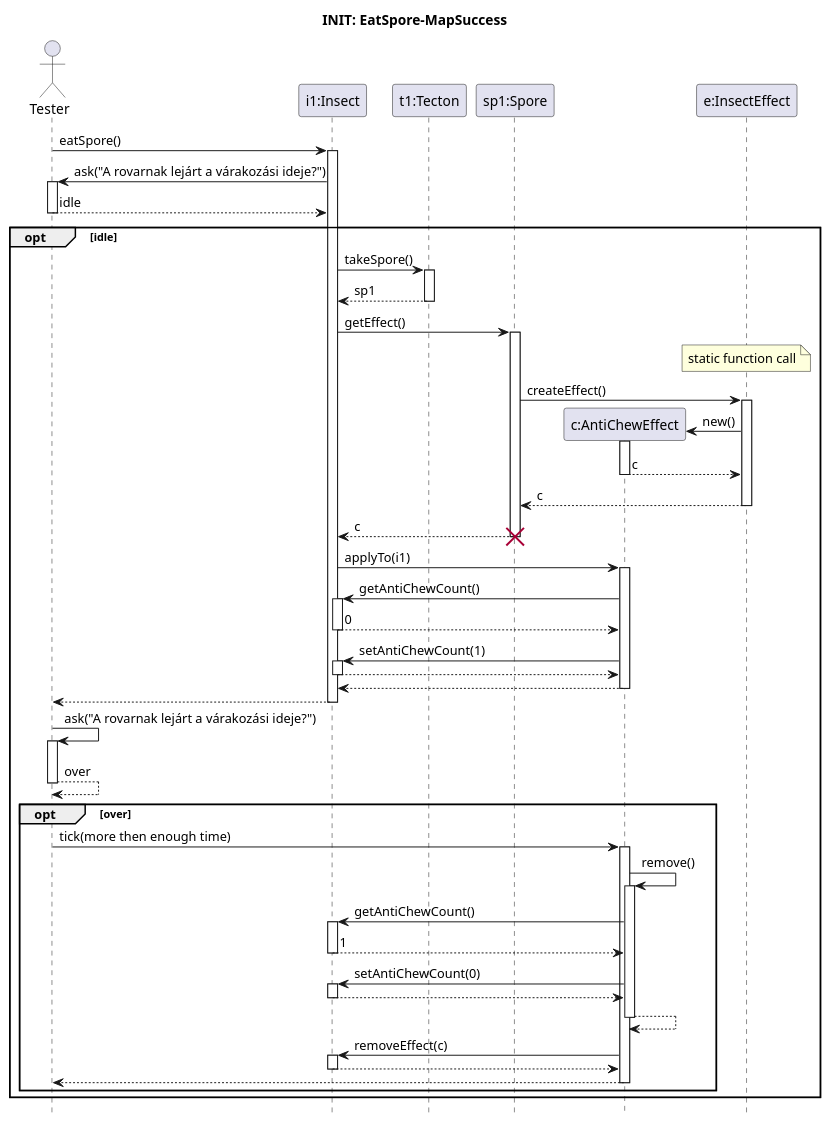
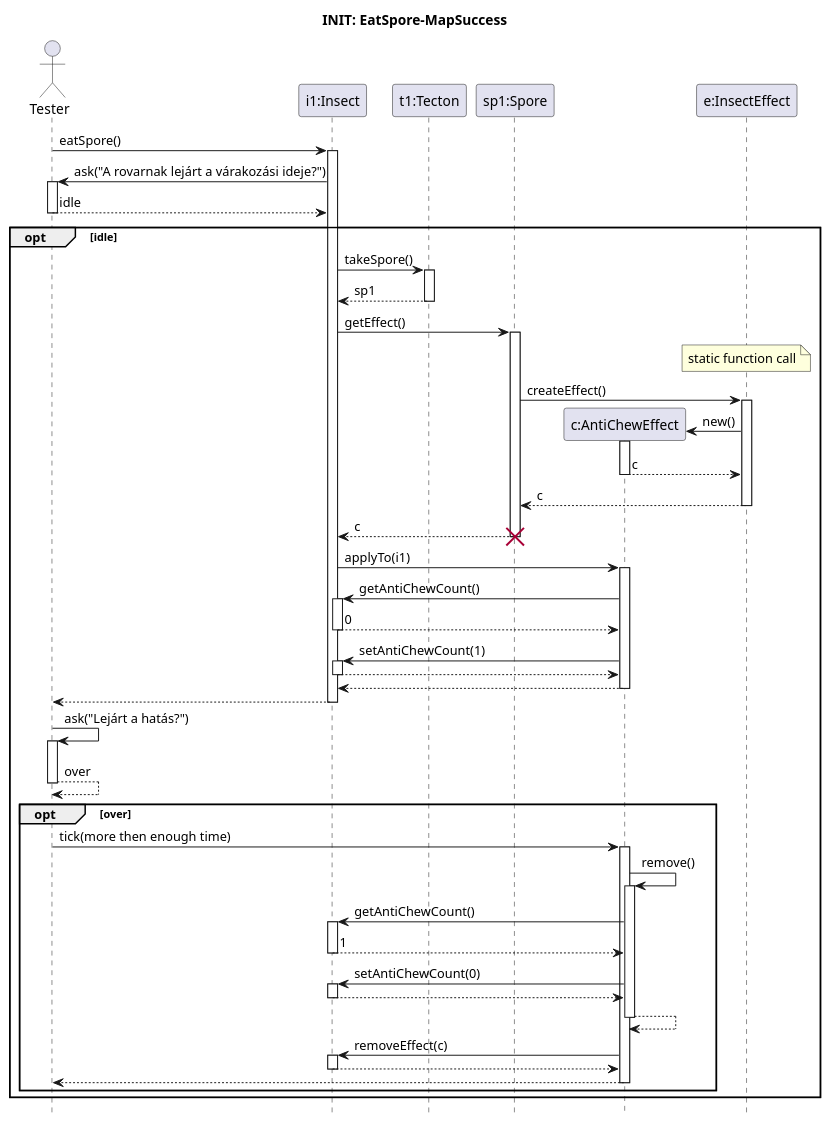
The diagram in Skeleton/Eat-spore/get-anticheweffect.puml (ZD4ve/projlab-error521), drawn with PlantUML before and after one commit. The commit also changed 3 other files, not shown here.

```diff
--- a/Skeleton/Eat-spore/get-anticheweffect.puml
+++ b/Skeleton/Eat-spore/get-anticheweffect.puml
@@ -1,87 +1,87 @@
 @startuml Eat-spore/get-get-anticheweffect
 hide footbox
 
 title INIT: EatSpore-MapSuccess
 
 actor Tester as S
 
 participant "i1:Insect" as i1
 participant "t1:Tecton" as t1
 participant "sp1:Spore" as sp1
 participant "c:AntiChewEffect" as c
 participant "e:InsectEffect" as e
 
 S -> i1 : eatSpore()
 activate i1
 
 S <- i1 : ask("A rovarnak lejárt a várakozási ideje?")
 activate S
 return idle
 
 opt idle
     i1 -> t1 : takeSpore()
     activate t1
 
     return sp1
 
     i1 -> sp1 : getEffect()
     note over e : static function call
     activate sp1
 
     sp1 -> e : createEffect()
     activate e
 
     create c
     e -> c : new()
     activate c
 
     return c
 
     return c
     return c
     destroy sp1
 
     i1 -> c : applyTo(i1)
     activate c
     c -> i1 : getAntiChewCount()
     activate i1
     return 0
 
     c -> i1 : setAntiChewCount(1)
     activate i1
     return
 
     return
 
     return
     
-    S -> S : ask("A rovarnak lejárt a várakozási ideje?")
+    S -> S : ask("Lejárt a hatás?")
     activate S
     return over
 
     opt over
         S -> c : tick(more then enough time)
         activate c
 
         c -> c : remove()
         activate c
         
         c -> i1 : getAntiChewCount()
         activate i1
         return 1
 
         c -> i1 : setAntiChewCount(0)
         activate i1
         return
 
         return
 
         c -> i1 : removeEffect(c)
         activate i1
         return
 
         return    
     end
 end
 
 @enduml
```
